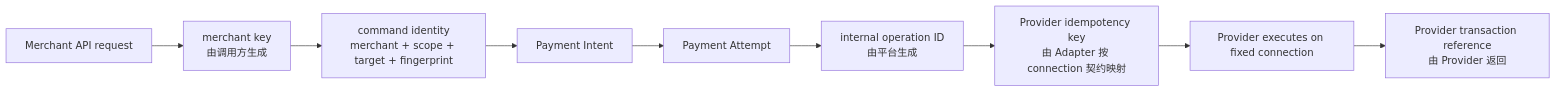
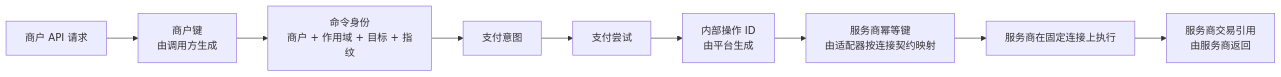
One commit to YouEclipse/Designing-Modern-Payment-Systems changed the first of 5 diagrams in part-3-reliability/idempotency.md. Above: the diagram before and after it, drawn with Mermaid. The commit also changed other lines of this file and 59 other files, not shown here.

````diff
--- a/part-3-reliability/idempotency.md
+++ b/part-3-reliability/idempotency.md
@@ -59,11 +59,11 @@
 ```mermaid
 flowchart LR
-    Request["Merchant API request"] --> MerchantKey["merchant key<br/>由调用方生成"]
-    MerchantKey --> Command["command identity<br/>merchant + scope + target + fingerprint"]
-    Command --> Intent["Payment Intent"]
-    Intent --> Attempt["Payment Attempt"]
-    Attempt --> Operation["internal operation ID<br/>由平台生成"]
-    Operation --> ProviderKey["Provider idempotency key<br/>由 Adapter 按 connection 契约映射"]
-    ProviderKey --> PSP["Provider executes on fixed connection"]
-    PSP --> ProviderRef["Provider transaction reference<br/>由 Provider 返回"]
+    Request["商户 API 请求"] --> MerchantKey["商户键<br/>由调用方生成"]
+    MerchantKey --> Command["命令身份<br/>商户 + 作用域 + 目标 + 指纹"]
+    Command --> Intent["支付意图"]
+    Intent --> Attempt["支付尝试"]
+    Attempt --> Operation["内部操作 ID<br/>由平台生成"]
+    Operation --> ProviderKey["服务商幂等键<br/>由适配器按连接契约映射"]
+    ProviderKey --> PSP["服务商在固定连接上执行"]
+    PSP --> ProviderRef["服务商交易引用<br/>由服务商返回"]
 ```
````
